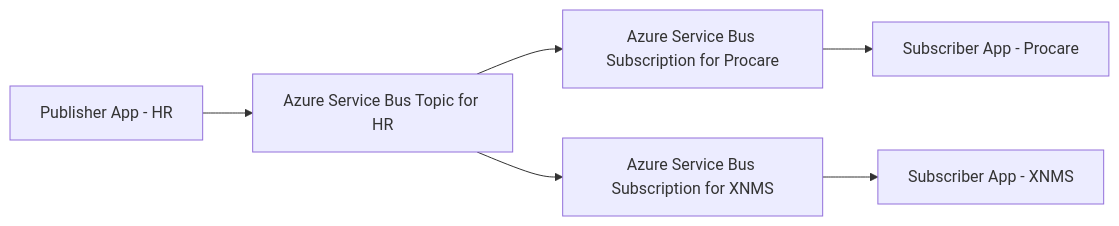
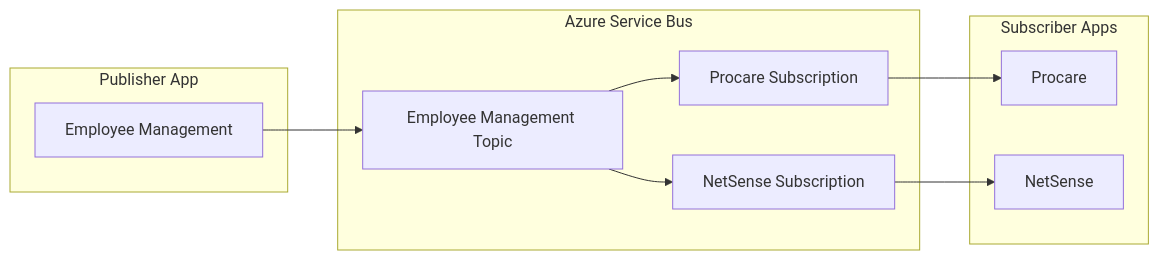
Before and after one commit to scaleforce/synchronization-for-go: the diagram in readme.md, drawn with Mermaid. The commit also changed other lines of this file, not shown here.

Commit message:
Improve Readme

````diff
--- a/readme.md
+++ b/readme.md
@@ -23,6 +23,15 @@
 ```mermaid
 graph LR
-    Pub[Publisher App - HR] --> ASBT[Azure Service Bus Topic for HR]
-    ASBT --> ASBS1[Azure Service Bus Subscription for Procare] --> SA1[Subscriber App - Procare]
-    ASBT --> ASBS2[Azure Service Bus Subscription for XNMS] --> SA2[Subscriber App - XNMS]
+    subgraph ASB[Azure Service Bus]
+        EMT[Employee Management Topic]
+        EMT --> PS[Procare Subscription]
+        EMT --> NSS[NetSense Subscription]
+    end
+    subgraph PA[Publisher App]
+        EM[Employee Management] --> EMT
+    end
+    subgraph SA[Subscriber Apps]
+        PS --> P[Procare]
+        NSS --> NS[NetSense]
+    end
 ```
````
